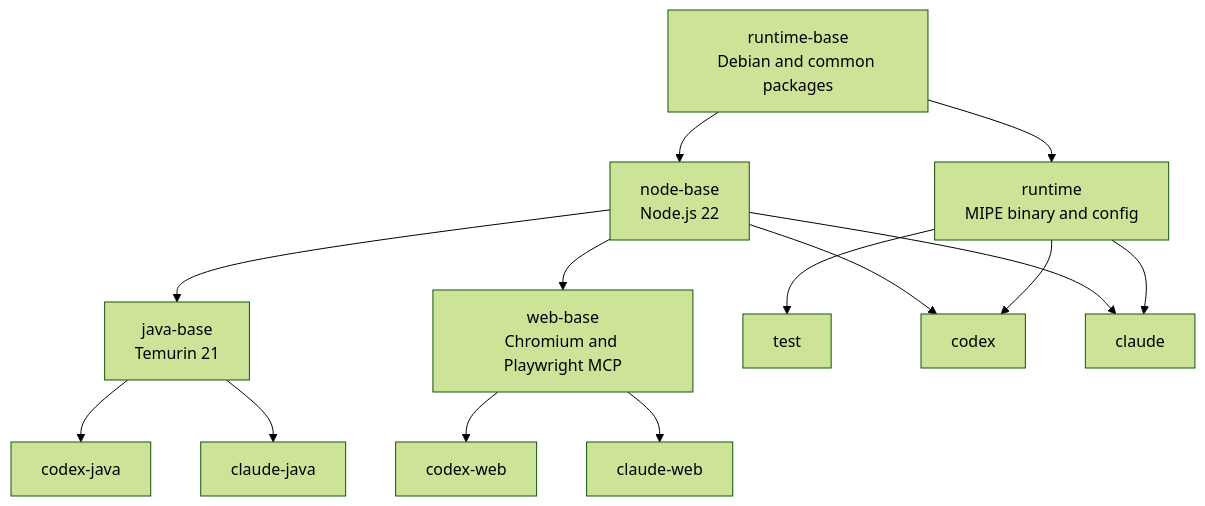
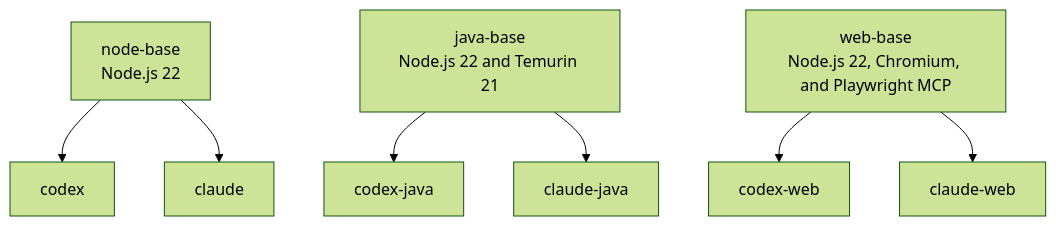
The second of 5 diagrams in runtime/docs/DEPLOYMENT.md (meowpow-png/mipe), drawn with Mermaid (forest theme) before and after one commit.

Commit message:
Refactor deployment architecture diagram

````diff
--- a/runtime/docs/DEPLOYMENT.md
+++ b/runtime/docs/DEPLOYMENT.md
@@ -40,33 +65,19 @@
 ```mermaid
 flowchart TD
-    runtimeBase["runtime-base<br/>Debian and common packages"]
-    runtime["runtime<br/>MIPE binary and config"]
     node["node-base<br/>Node.js 22"]
-    java["java-base<br/>Temurin 21"]
-    web["web-base<br/>Chromium and Playwright MCP"]
-    test["test"]
+    java["java-base<br/>Node.js 22 and Temurin 21"]
+    web["web-base<br/>Node.js 22, Chromium, and Playwright MCP"]
     codex["codex"]
     claude["claude"]
     codexJava["codex-java"]
     claudeJava["claude-java"]
     codexWeb["codex-web"]
     claudeWeb["claude-web"]
 
-    runtimeBase --> runtime
-    runtimeBase --> node
-    runtime --> test
-
-    node --> java
-    node --> web
-
-    runtime --> codex
     node --> codex
-    runtime --> claude
     node --> claude
-
     java --> codexJava
     java --> claudeJava
-
     web --> codexWeb
     web --> claudeWeb
 ```
````
